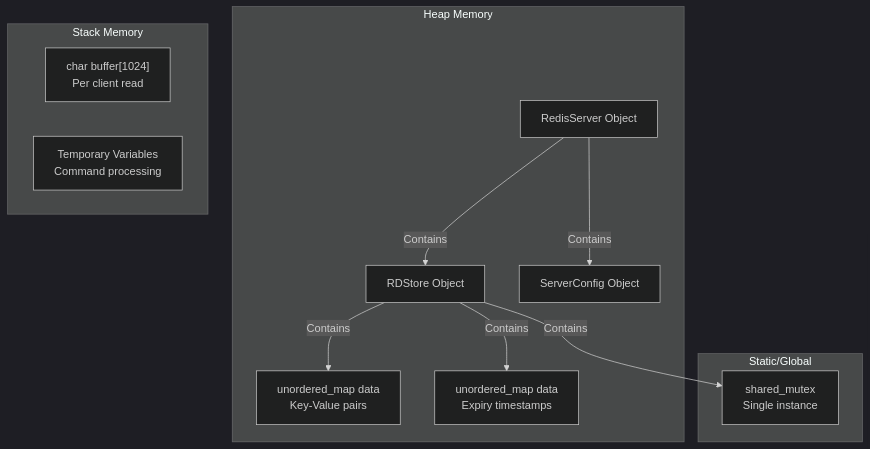
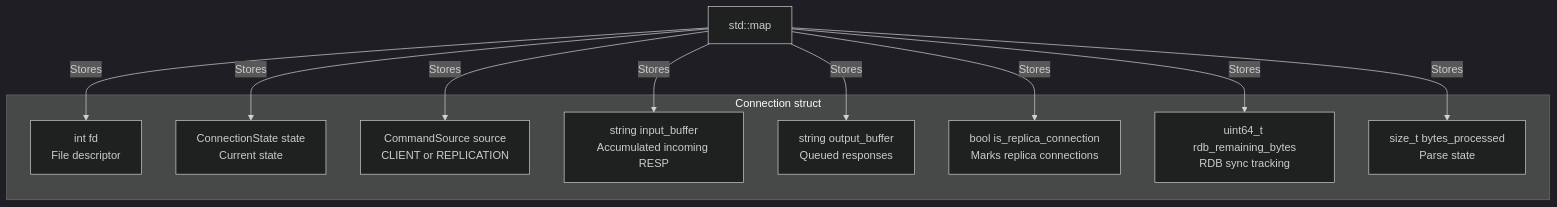
Before and after one commit to jsparrow08/redis-cpp: the fourth of 9 diagrams in src/CURRENT_ARCHITECTURE.md, drawn with Mermaid (dark theme). The commit also changed other lines of this file and 8 other files, not shown here.

Commit message:
replica db update from master Command straem

````diff
--- a/src/CURRENT_ARCHITECTURE.md
+++ b/src/CURRENT_ARCHITECTURE.md
@@ -151,25 +116,23 @@
 ```mermaid
 graph TB
-    subgraph "Heap Memory"
-        SERVER_OBJ["RedisServer Object"]
-        STORE_OBJ["RDStore Object"]
-        CONFIG_OBJ["ServerConfig Object"]
-        KV_DATA["unordered_map data<br/>Key-Value pairs"]
-        EXPIRY_DATA["unordered_map data<br/>Expiry timestamps"]
+    subgraph "Connection struct"
+        FD["int fd<br/>File descriptor"]
+        STATE["ConnectionState state<br/>Current state"]
+        SOURCE["CommandSource source<br/>CLIENT or REPLICATION"]
+        IN_BUF["string input_buffer<br/>Accumulated incoming RESP"]
+        OUT_BUF["string output_buffer<br/>Queued responses"]
+        IS_REPLICA["bool is_replica_connection<br/>Marks replica connections"]
+        RDB_BYTES["uint64_t rdb_remaining_bytes<br/>RDB sync tracking"]
+        BYTES_PROC["size_t bytes_processed<br/>Parse state"]
     end
-
-    subgraph "Stack Memory"
-        BUFFER["char buffer[1024]<br/>Per client read"]
-        TEMP_VARS["Temporary Variables<br/>Command processing"]
-    end
-
-    subgraph "Static/Global"
-        MUTEX_OBJ["shared_mutex<br/>Single instance"]
-    end
-
-    SERVER_OBJ -->|Contains| STORE_OBJ
-    SERVER_OBJ -->|Contains| CONFIG_OBJ
-    STORE_OBJ -->|Contains| KV_DATA
-    STORE_OBJ -->|Contains| EXPIRY_DATA
-    STORE_OBJ -->|Contains| MUTEX_OBJ
+    
+    MAP["std::map<int fd, Connection>"]
+    MAP -->|Stores| FD
+    MAP -->|Stores| STATE
+    MAP -->|Stores| SOURCE
+    MAP -->|Stores| IN_BUF
+    MAP -->|Stores| OUT_BUF
+    MAP -->|Stores| IS_REPLICA
+    MAP -->|Stores| RDB_BYTES
+    MAP -->|Stores| BYTES_PROC
 ```
````
